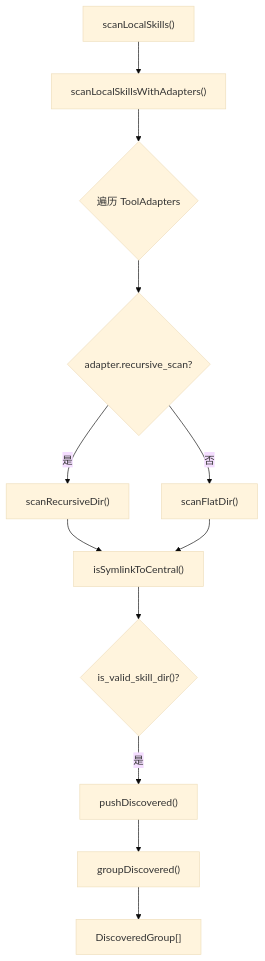
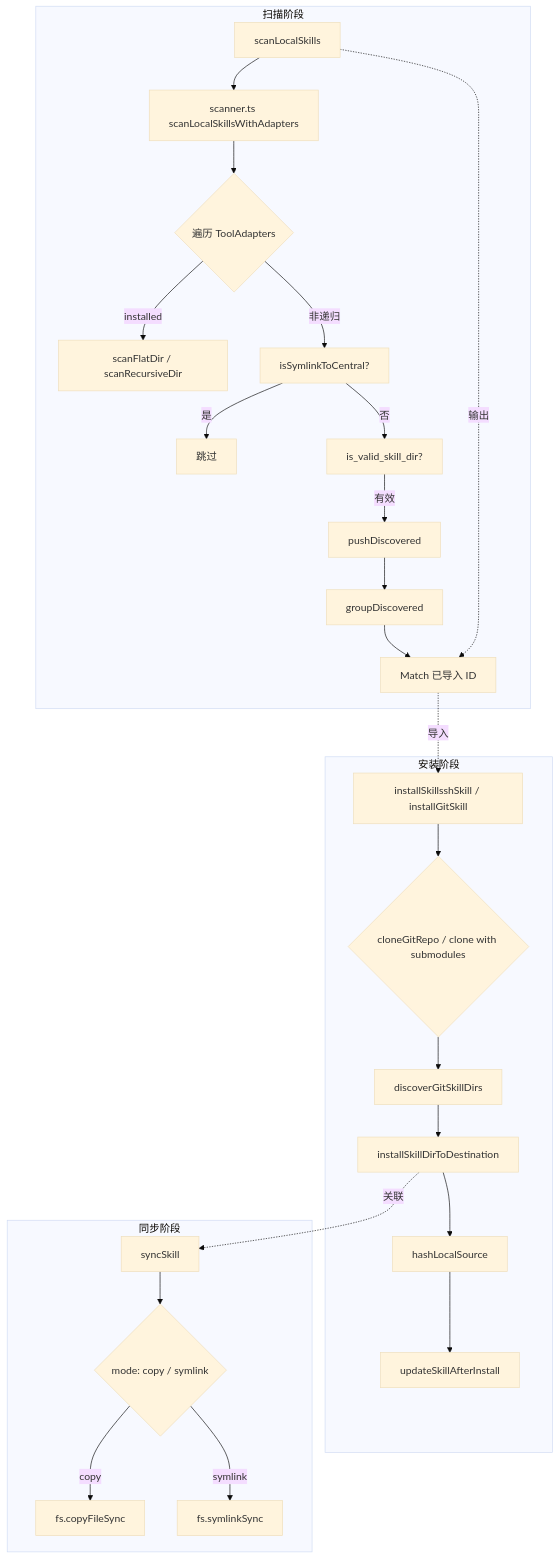
Before and after one commit to lst016/tech-cc-hub: the first of 2 diagrams in .tech/repowiki/zh/content/核心模块规格/技能与插件系统总览.md, drawn with Mermaid (base theme). The commit also changed other lines of this file and 129 other files, not shown here.

````diff
--- a/.tech/repowiki/zh/content/核心模块规格/技能与插件系统总览.md
+++ b/.tech/repowiki/zh/content/核心模块规格/技能与插件系统总览.md
@@ -222,14 +231,34 @@
 ```mermaid
-flowchart TB
-    A["scanLocalSkills()"] --> B["scanLocalSkillsWithAdapters()"]
-    B --> C{遍历 ToolAdapters}
-    C --> D{"adapter.recursive_scan?"}
-    D--是--> E["scanRecursiveDir()"]
-    D--否--> F["scanFlatDir()"]
-    E --> G["isSymlinkToCentral()"]
-    F --> G
-    G --> H{"is_valid_skill_dir()?"}
-    H--是--> I["pushDiscovered()"]
-    I --> J["groupDiscovered()"]
-    J --> K["DiscoveredGroup[]"]
+flowchart TD
+    subgraph 扫描阶段
+        A[scanLocalSkills] --> B[scanner.ts scanLocalSkillsWithAdapters]
+        B --> C{遍历 ToolAdapters}
+        C -->|installed| D[scanFlatDir / scanRecursiveDir]
+        C -->|非递归| E[isSymlinkToCentral?]
+        E -->|是| F[跳过]
+        E -->|否| G[is_valid_skill_dir?]
+        G -->|有效| H[pushDiscovered]
+        H --> I[groupDiscovered]
+        I --> J[Match 已导入 ID]
+    end
+
+    subgraph 安装阶段
+        K[installSkillsshSkill / installGitSkill]
+        K --> L{cloneGitRepo / clone with submodules}
+        L --> M[discoverGitSkillDirs]
+        M --> N[installSkillDirToDestination]
+        N --> O[hashLocalSource]
+        O --> P[updateSkillAfterInstall]
+    end
+
+    subgraph 同步阶段
+        Q[syncSkill]
+        Q --> R{mode: copy / symlink}
+        R -->|copy| S[fs.copyFileSync]
+        R -->|symlink| T[fs.symlinkSync]
+    end
+
+    A -.->|输出| J
+    J -.->|导入| K
+    N -.->|关联| Q
 ```
````
